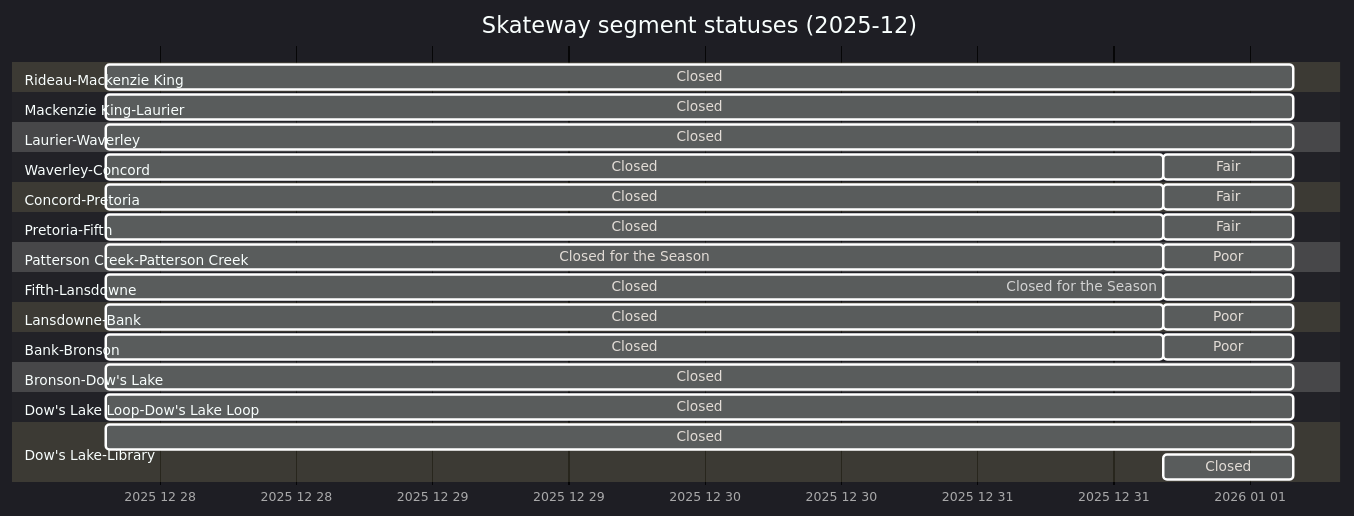
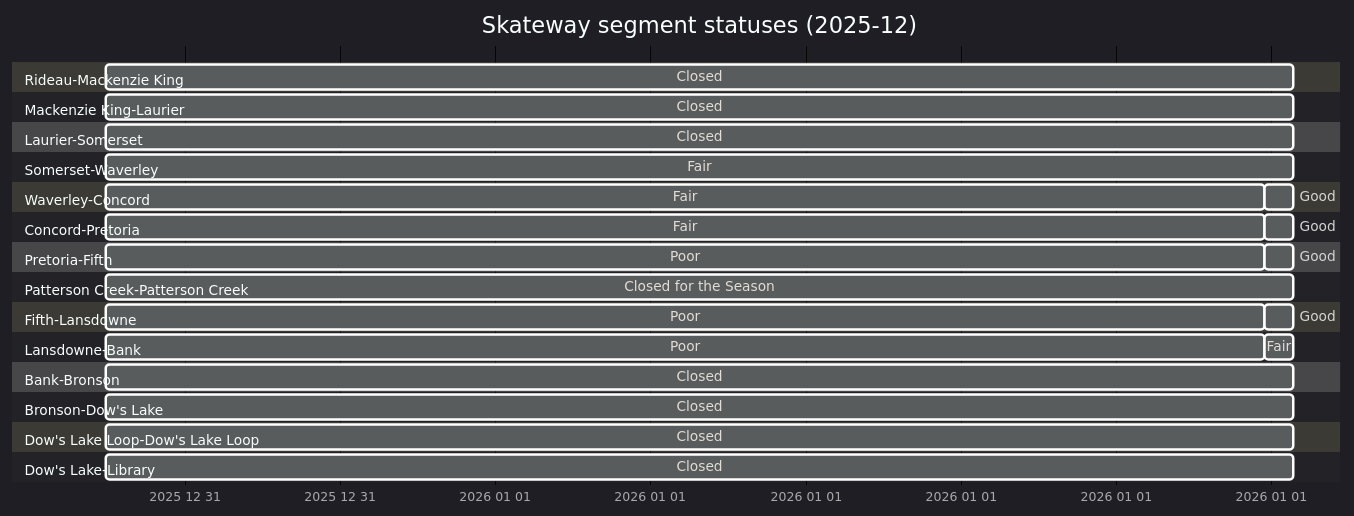
One commit to PatLittle/PatLittle.github.io changed the diagram in _posts/2025-12-31-Skateway-Reactivated.md. Above: the diagram before and after it, drawn with Mermaid. The commit also changed other lines of this file, not shown here.

````diff
--- a/_posts/2025-12-31-Skateway-Reactivated.md
+++ b/_posts/2025-12-31-Skateway-Reactivated.md
@@ -39,52 +46,50 @@
 ```mermaid
 ---
 topAxis: true
 displayMode: compact
 config:
   theme: 'dark'
   themeCSS: " #vg { fill: Green } #g {fill: yellow} #f {fill: orange} #p {fill: red}      \n
 #c {fill: Black} #cs {fill: Black} #sc {fill: White} #wo {fill: saddlebrown} \n
             text[id^=cs] { fill: red; } text[id^=sc] { fill: red; }
         "
 ---
 
 gantt
   title Skateway segment statuses (2025-12)
   dateFormat  YYYY-MM-DD HH:mm:ss
   axisFormat  %Y %m %d
   section Rideau-Mackenzie King
-  Closed: c, 2025-12-27 19:17:23, 2026-01-01 03:54:16
+  Closed: c, 2025-12-31 16:28:10, 2026-01-01 15:26:28
   section Mackenzie King-Laurier
-  Closed: c, 2025-12-27 19:17:23, 2026-01-01 03:54:16
-  section Laurier-Waverley
-  Closed: c, 2025-12-27 19:17:23, 2026-01-01 03:54:16
+  Closed: c, 2025-12-31 16:28:10, 2026-01-01 15:26:28
+  section Laurier-Somerset
+  Closed: c, 2025-12-31 16:28:10, 2026-01-01 15:26:28
+  section Somerset-Waverley
+  Fair: f, 2025-12-31 16:28:10, 2026-01-01 15:26:28
   section Waverley-Concord
-  Closed: c, 2025-12-27 19:17:23, 2025-12-31 16:28:10
-  Fair: f, 2025-12-31 16:28:10, 2026-01-01 03:54:16
+  Fair: f, 2025-12-31 16:28:10, 2026-01-01 14:52:27
+  Good: g, 2026-01-01 14:52:27, 2026-01-01 15:26:28
   section Concord-Pretoria
-  Closed: c, 2025-12-27 19:17:23, 2025-12-31 16:28:10
-  Fair: f, 2025-12-31 16:28:10, 2026-01-01 03:54:16
+  Fair: f, 2025-12-31 16:28:10, 2026-01-01 14:52:27
+  Good: g, 2026-01-01 14:52:27, 2026-01-01 15:26:28
   section Pretoria-Fifth
-  Closed: c, 2025-12-27 19:17:23, 2025-12-31 16:28:10
-  Fair: f, 2025-12-31 16:28:10, 2026-01-01 03:54:16
+  Poor: p, 2025-12-31 16:28:10, 2026-01-01 14:52:27
+  Good: g, 2026-01-01 14:52:27, 2026-01-01 15:26:28
   section Patterson Creek-Patterson Creek
-  Closed for the Season: cs, 2025-12-27 19:17:23, 2025-12-31 16:28:10
-  Poor: p, 2025-12-31 16:28:10, 2026-01-01 03:54:16
+  Closed for the Season: cs, 2025-12-31 16:28:10, 2026-01-01 15:26:28
   section Fifth-Lansdowne
-  Closed: c, 2025-12-27 19:17:23, 2025-12-31 16:28:10
-  Closed for the Season: cs, 2025-12-31 16:28:10, 2026-01-01 03:54:16
+  Poor: p, 2025-12-31 16:28:10, 2026-01-01 14:52:27
+  Good: g, 2026-01-01 14:52:27, 2026-01-01 15:26:28
   section Lansdowne-Bank
-  Closed: c, 2025-12-27 19:17:23, 2025-12-31 16:28:10
-  Poor: p, 2025-12-31 16:28:10, 2026-01-01 03:54:16
+  Poor: p, 2025-12-31 16:28:10, 2026-01-01 14:52:27
+  Fair: f, 2026-01-01 14:52:27, 2026-01-01 15:26:28
   section Bank-Bronson
-  Closed: c, 2025-12-27 19:17:23, 2025-12-31 16:28:10
-  Poor: p, 2025-12-31 16:28:10, 2026-01-01 03:54:16
+  Closed: c, 2025-12-31 16:28:10, 2026-01-01 15:26:28
   section Bronson-Dow's Lake
-  Closed: c, 2025-12-27 19:17:23, 2026-01-01 03:54:16
+  Closed: c, 2025-12-31 16:28:10, 2026-01-01 15:26:28
   section Dow's Lake Loop-Dow's Lake Loop
-  Closed: c, 2025-12-27 19:17:23, 2026-01-01 03:54:16
+  Closed: c, 2025-12-31 16:28:10, 2026-01-01 15:26:28
   section Dow's Lake-Library
-  Closed: c, 2025-12-27 19:17:23, 2026-01-01 03:54:16
-  section Dow's Lake-Library
-  Closed: c, 2025-12-31 16:28:10, 2026-01-01 03:54:16
+  Closed: c, 2025-12-31 16:28:10, 2026-01-01 15:26:28
 ```
````
